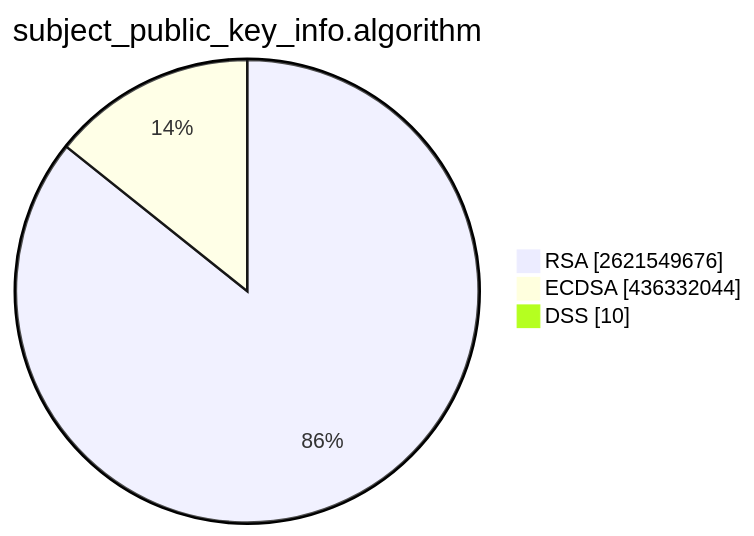
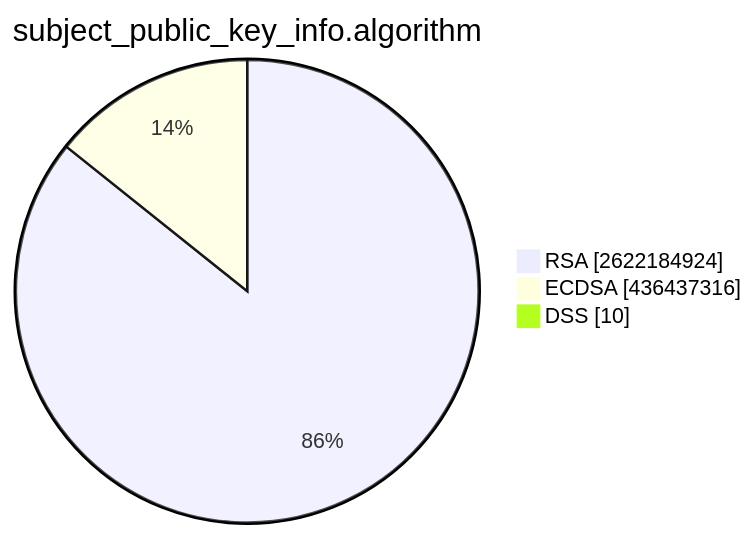
The second of 15 diagrams in TOTAL/README.md (christiankrug/ctmonitor_visualization), drawn with Mermaid before and after one commit. The commit also changed other lines of this file, not shown here.

````diff
--- a/TOTAL/README.md
+++ b/TOTAL/README.md
@@ -6,7 +6,7 @@
 ```mermaid
 pie showData
 title subject_public_key_info.algorithm
-"RSA" :2621549676
-"ECDSA" :436332044
+"RSA" :2622184924
+"ECDSA" :436437316
 "DSS" :10
 ```
````
